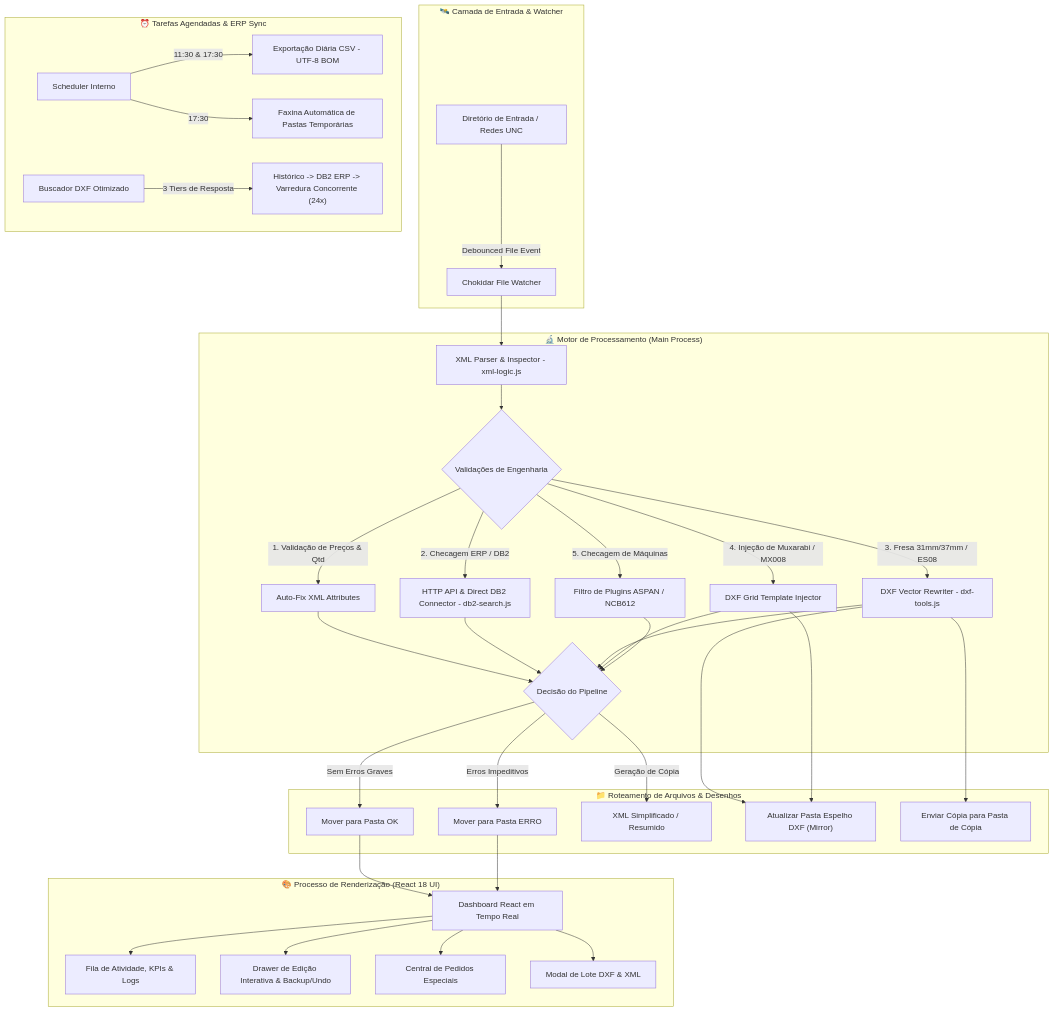
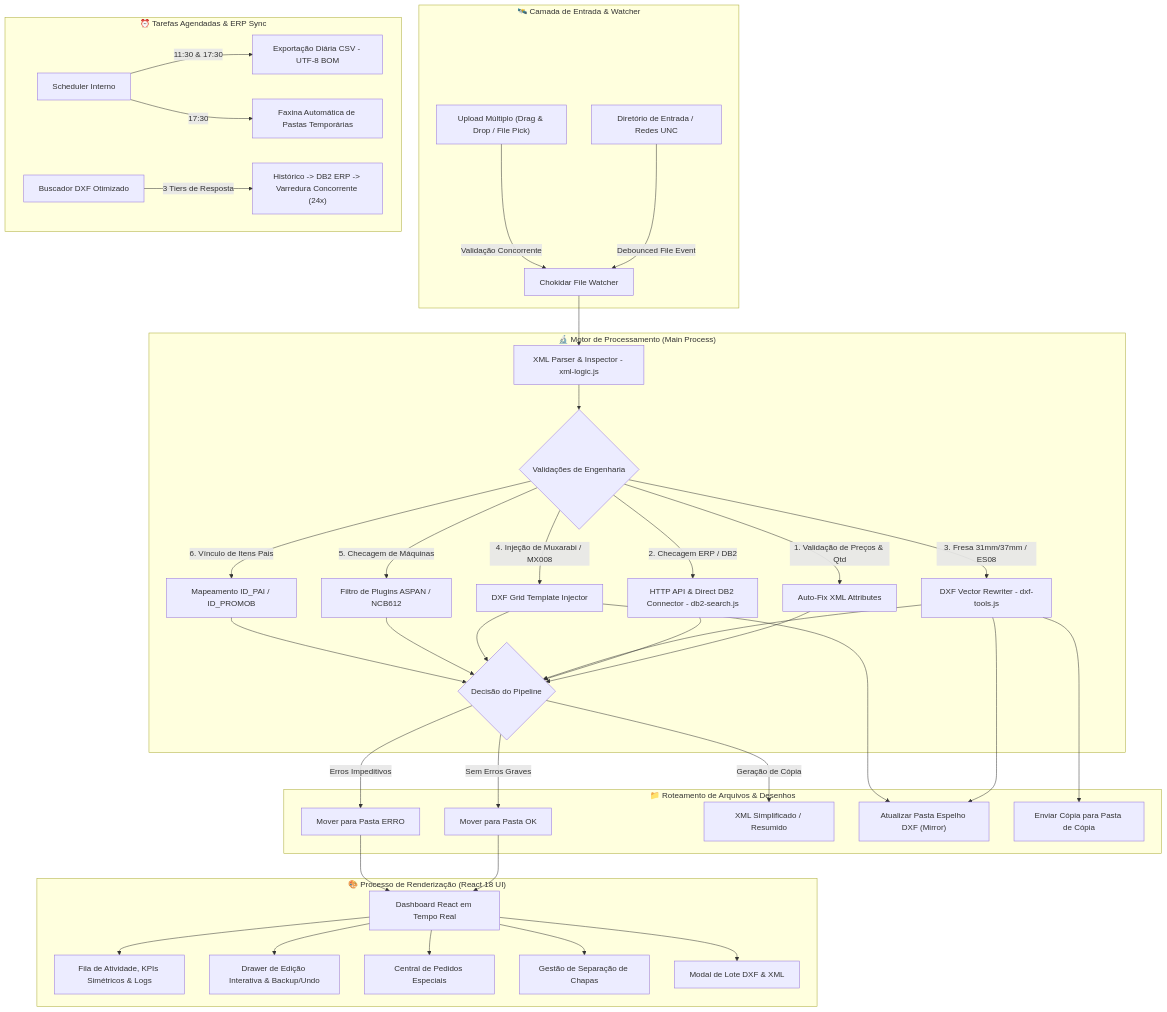
The diagram in README.md (betolara1/Bartz-Analyzer), drawn with Mermaid before and after one commit. The commit also changed other lines of this file and 9 other files, not shown here.

````diff
--- a/README.md
+++ b/README.md
@@ -52,47 +52,51 @@
 ```mermaid
 graph TD
     subgraph Monitoramento ["🛰️ Camada de Entrada & Watcher"]
         A["Diretório de Entrada / Redes UNC"] -->|Debounced File Event| B["Chokidar File Watcher"]
+        UPL["Upload Múltiplo (Drag & Drop / File Pick)"] -->|Validação Concorrente| B
     end
 
     subgraph CoreEngine ["🔬 Motor de Processamento (Main Process)"]
         B --> C["XML Parser & Inspector - xml-logic.js"]
         C --> D{"Validações de Engenharia"}
         
         D -->|1. Validação de Preços & Qtd| E["Auto-Fix XML Attributes"]
         D -->|2. Checagem ERP / DB2| F["HTTP API & Direct DB2 Connector - db2-search.js"]
         D -->|3. Fresa 31mm/37mm / ES08| G["DXF Vector Rewriter - dxf-tools.js"]
         D -->|4. Injeção de Muxarabi / MX008| H["DXF Grid Template Injector"]
         D -->|5. Checagem de Máquinas| I["Filtro de Plugins ASPAN / NCB612"]
+        D -->|6. Vínculo de Itens Pais| PARENT["Mapeamento ID_PAI / ID_PROMOB"]
         
         E --> J{"Decisão do Pipeline"}
         F --> J
         G --> J
         H --> J
         I --> J
+        PARENT --> J
     end
 
     subgraph OutputRouting ["📁 Roteamento de Arquivos & Desenhos"]
         J -->|Sem Erros Graves| K["Mover para Pasta OK"]
         J -->|Erros Impeditivos| L["Mover para Pasta ERRO"]
         J -->|Geração de Cópia| M["XML Simplificado / Resumido"]
         G --> N["Atualizar Pasta Espelho DXF (Mirror)"]
         G --> NC["Enviar Cópia para Pasta de Cópia"]
         H --> N
     end
 
     subgraph UserInterface ["🎨 Processo de Renderização (React 18 UI)"]
         K --> O["Dashboard React em Tempo Real"]
         L --> O
-        O --> P["Fila de Atividade, KPIs & Logs"]
+        O --> P["Fila de Atividade, KPIs Simétricos & Logs"]
         O --> Q["Drawer de Edição Interativa & Backup/Undo"]
         O --> SPE["Central de Pedidos Especiais"]
+        O --> PLATES["Gestão de Separação de Chapas"]
         O --> BATCH["Modal de Lote DXF & XML"]
     end
 
     subgraph Automation ["⏰ Tarefas Agendadas & ERP Sync"]
         R["Scheduler Interno"] -->|11:30 & 17:30| S["Exportação Diária CSV - UTF-8 BOM"]
         R -->|17:30| T["Faxina Automática de Pastas Temporárias"]
         U["Buscador DXF Otimizado"] -->|3 Tiers de Resposta| V["Histórico -> DB2 ERP -> Varredura Concorrente (24x)"]
     end
 ```
````
